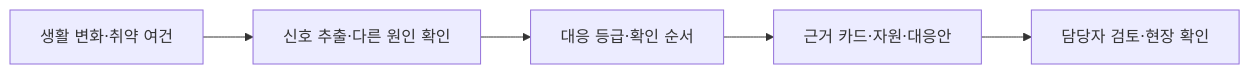
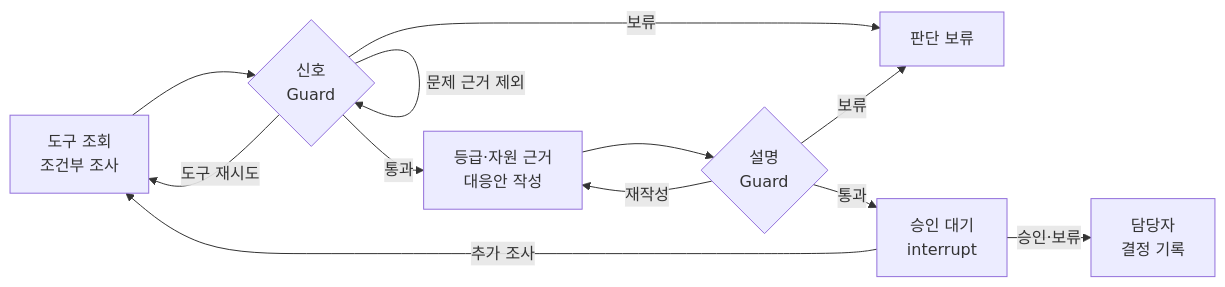
One commit to taeyeon715/BigDataContest_social-isolation-LINK-Radar changed the diagram in README.md. Above: the diagram before and after it, drawn with Mermaid. The commit also changed other lines of this file and 6 other files, not shown here.

Commit message:
docs: add representative visuals and clarify agent decision flow

````diff
--- a/README.md
+++ b/README.md
@@ -62,7 +156,14 @@
 ```mermaid
+%%{init: {"flowchart": {"rankSpacing": 20, "nodeSpacing": 20}}}%%
 flowchart LR
-    A["생활 변화·취약 여건"] --> B["신호 추출·다른 원인 확인"]
-    B --> C["대응 등급·확인 순서"]
-    C --> D["근거 카드·자원·대응안"]
-    D --> E["담당자 검토·현장 확인"]
+    A["도구 조회<br/>조건부 조사"] --> C{"신호<br/>Guard"}
+    C -->|도구 재시도| A
+    C -->|문제 근거 제외| C
+    C -->|보류| Z["판단 보류"]
+    C -->|통과| D["등급·자원 근거<br/>대응안 작성"] --> F{"설명<br/>Guard"}
+    F -->|재작성| D
+    F -->|보류| Z
+    F -->|통과| I["승인 대기<br/>interrupt"]
+    I -->|추가 조사| A
+    I -->|승인·보류| J["담당자<br/>결정 기록"]
 ```
````
